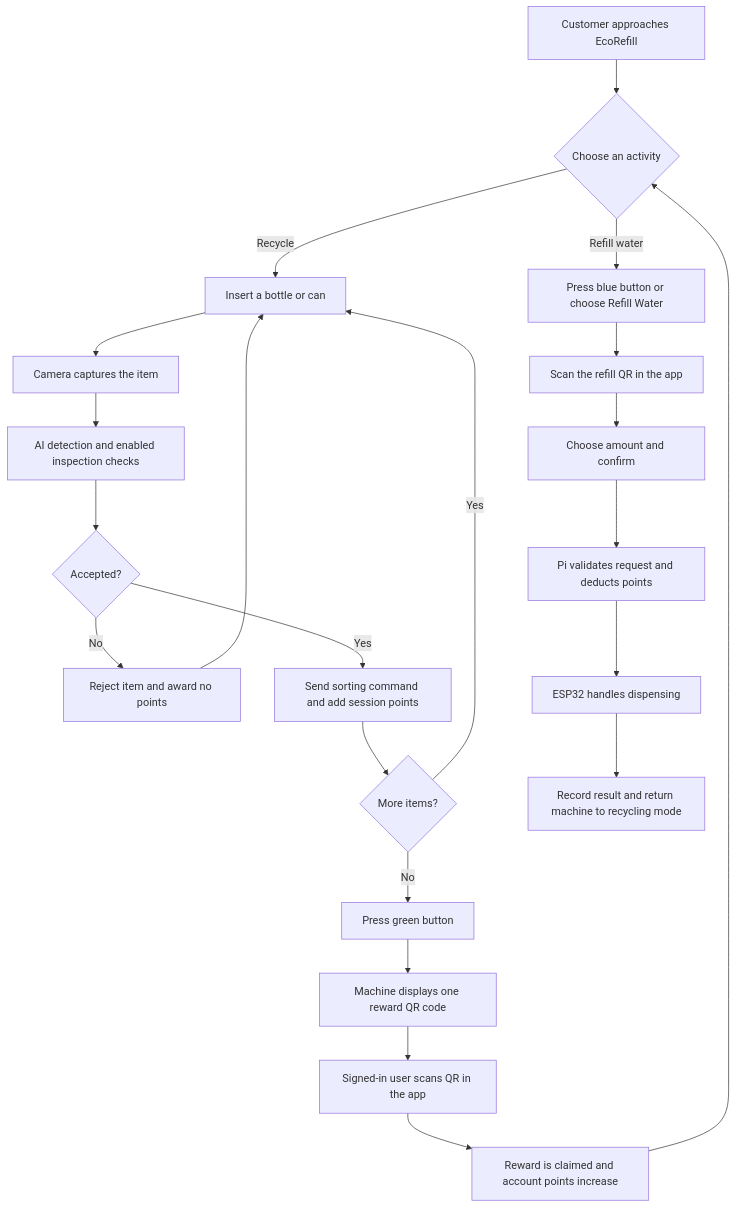
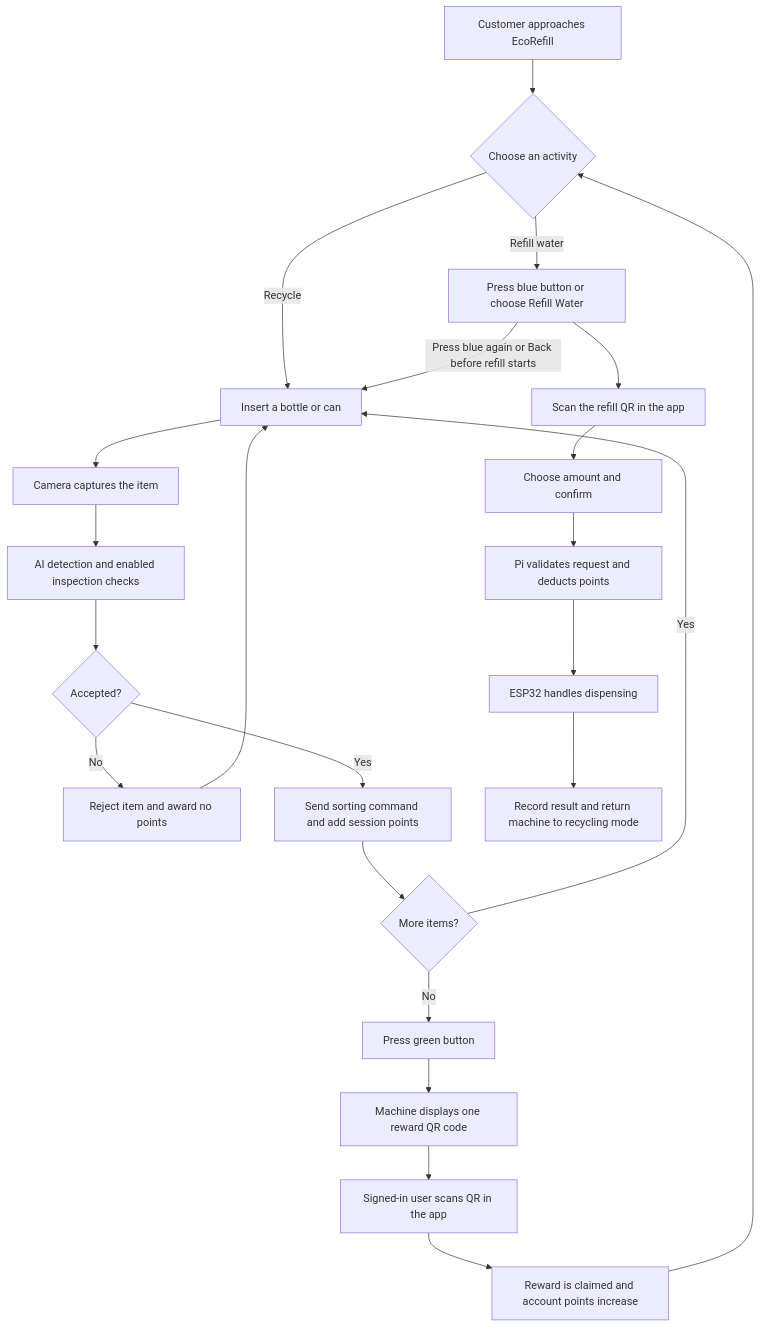
The first of 2 diagrams in README.md (nameuser-cod/EcoRefill), drawn with Mermaid before and after one commit. The commit also changed 7 other files, not shown here.

````diff
--- a/README.md
+++ b/README.md
@@ -24,24 +24,25 @@
 ```mermaid
 flowchart TD
     A[Customer approaches EcoRefill] --> B{Choose an activity}
     B -->|Recycle| C[Insert a bottle or can]
     C --> D[Camera captures the item]
     D --> E[AI detection and enabled inspection checks]
     E --> F{Accepted?}
     F -->|No| G[Reject item and award no points]
     G --> C
     F -->|Yes| H[Send sorting command and add session points]
     H --> I{More items?}
     I -->|Yes| C
     I -->|No| J[Press green button]
     J --> K[Machine displays one reward QR code]
     K --> L[Signed-in user scans QR in the app]
     L --> M[Reward is claimed and account points increase]
     M --> B
     B -->|Refill water| N[Press blue button or choose Refill Water]
     N --> O[Scan the refill QR in the app]
+    N -->|Press blue again or Back before refill starts| C
     O --> P[Choose amount and confirm]
     P --> Q[Pi validates request and deducts points]
     Q --> R[ESP32 handles dispensing]
     R --> S[Record result and return machine to recycling mode]
 ```
````
